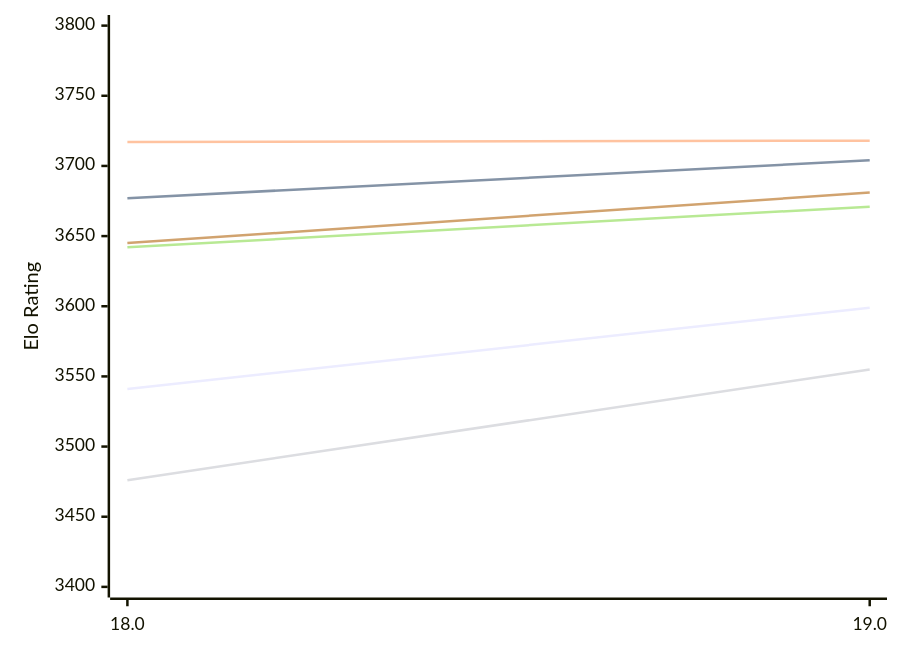
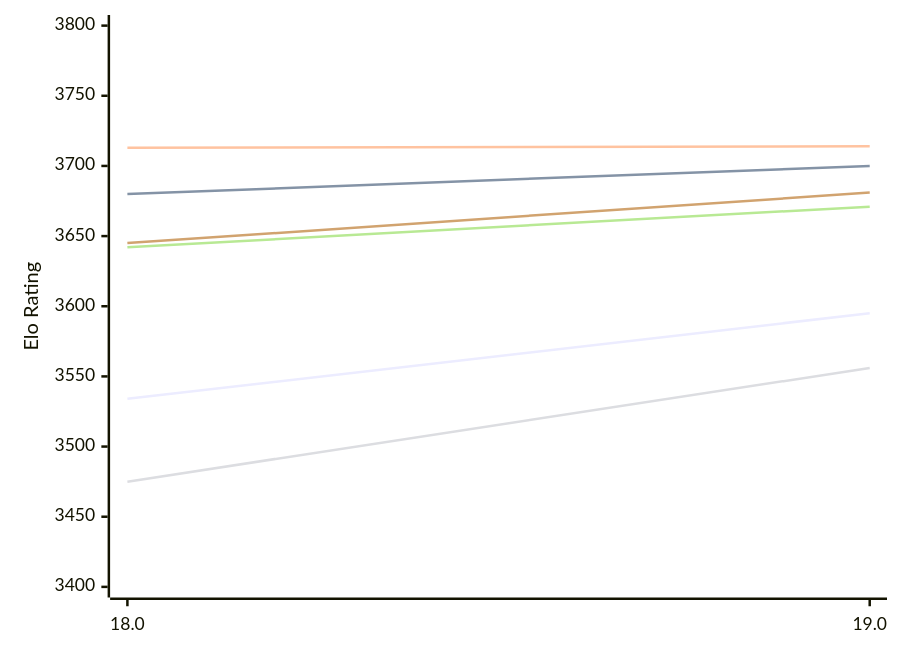
One commit to computer-chess-index/cci changed the first of 2 diagrams in engines/Stockfish.md. Above: the diagram before and after it, drawn with Mermaid. The commit also changed other lines of this file, not shown here.

Commit message:
Update CCI Ratings (ELO VLTC) - 2026-11-26

````diff
--- a/engines/Stockfish.md
+++ b/engines/Stockfish.md
@@ -64,12 +64,12 @@
 ```mermaid
 %%{init: {"theme":"base","themeVariables":{"seriesColors:['#a3a3a3','#222221','#faa371']}}}%%
 xychart-beta
   x-axis ["18.0", "19.0"]
   y-axis "Elo Rating" 3400 --> 3800
-  line "E1: STC (8.0+0.08s)" [3541, 3599]
-  line "E1: LTC (60.0+0.60s)" [3677, 3704]
-  line "E1: VLTC (2m24s+1.12s)" [3717, 3718]
-  line "P1: STC (8.0+0.08s)" [3476, 3555]
+  line "E1: STC (8.0+0.08s)" [3534, 3595]
+  line "E1: LTC (60.0+0.60s)" [3680, 3700]
+  line "E1: VLTC (2m24s+1.12s)" [3713, 3714]
+  line "P1: STC (8.0+0.08s)" [3475, 3556]
   line "P1: LTC (60.0+0.60s)" [3642, 3671]
   line "P1: VLTC (2m24s+1.12s)" [3645, 3681]
 ```
````
